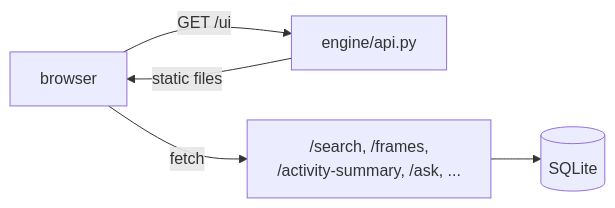
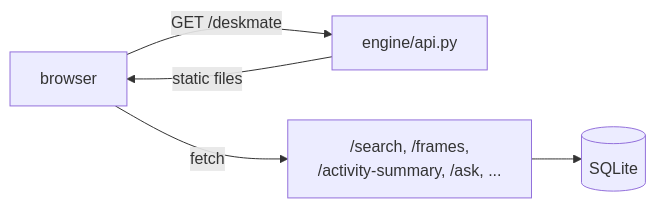
The diagram in docs/14-ui.md (zhaohb/deskmate), drawn with Mermaid before and after one commit. The commit also changed other lines of this file and 23 other files, not shown here.

````diff
--- a/docs/14-ui.md
+++ b/docs/14-ui.md
@@ -19,7 +19,7 @@
 ```mermaid
 flowchart LR
-    BROWSER["browser"] -- GET /ui --> API["engine/api.py"]
+    BROWSER["browser"] -- GET /deskmate --> API["engine/api.py"]
     API -- static files --> BROWSER
     BROWSER -- fetch --> API2["/search, /frames,<br/>/activity-summary, /ask, ..."]
     API2 --> DB[("SQLite")]
 ```
````
